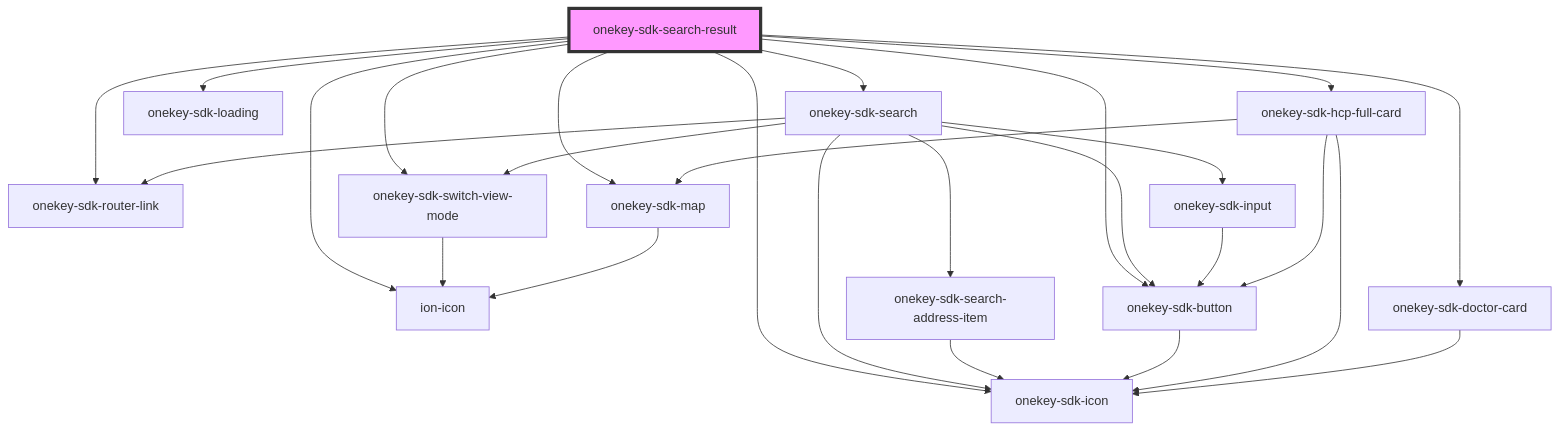
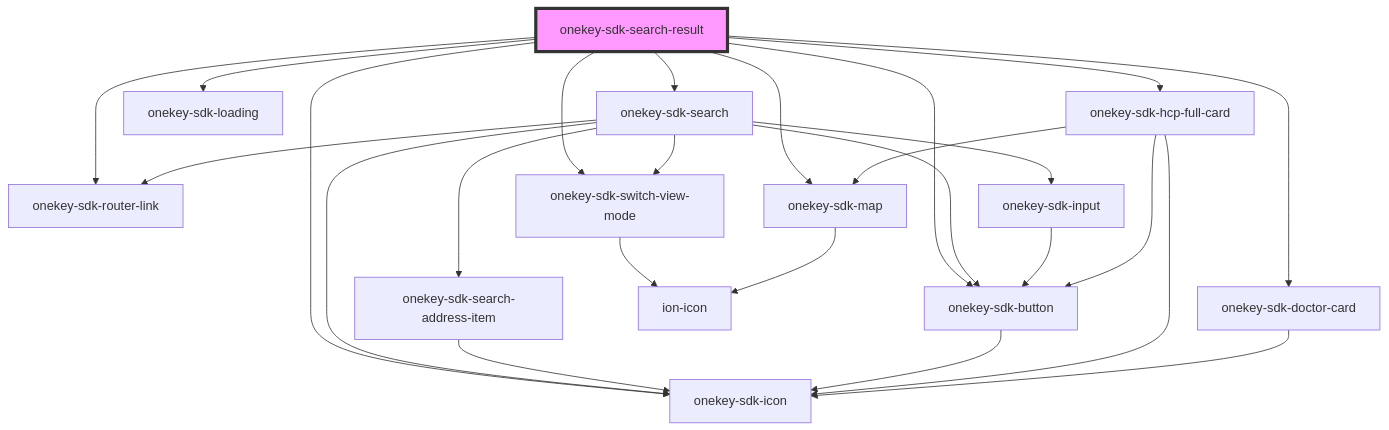
One commit to hcl-sdk/HealthCareLocatorWebSDK changed the diagram in packages/onekey-sdk-core-ui/docs/components/screens/onekey-sdk-search-result/readme.md. Above: the diagram before and after it, drawn with Mermaid. The commit also changed other lines of this file and 17 other files, not shown here.

````diff
--- a/packages/onekey-sdk-core-ui/docs/components/screens/onekey-sdk-search-result/readme.md
+++ b/packages/onekey-sdk-core-ui/docs/components/screens/onekey-sdk-search-result/readme.md
@@ -24,29 +23,28 @@
 ```mermaid
 graph TD;
   onekey-sdk-search-result --> onekey-sdk-router-link
-  onekey-sdk-search-result --> ion-icon
+  onekey-sdk-search-result --> onekey-sdk-icon
   onekey-sdk-search-result --> onekey-sdk-search
   onekey-sdk-search-result --> onekey-sdk-loading
   onekey-sdk-search-result --> onekey-sdk-hcp-full-card
-  onekey-sdk-search-result --> onekey-sdk-icon
   onekey-sdk-search-result --> onekey-sdk-switch-view-mode
   onekey-sdk-search-result --> onekey-sdk-doctor-card
   onekey-sdk-search-result --> onekey-sdk-button
   onekey-sdk-search-result --> onekey-sdk-map
   onekey-sdk-search --> onekey-sdk-search-address-item
   onekey-sdk-search --> onekey-sdk-router-link
   onekey-sdk-search --> onekey-sdk-icon
   onekey-sdk-search --> onekey-sdk-input
   onekey-sdk-search --> onekey-sdk-button
   onekey-sdk-search --> onekey-sdk-switch-view-mode
   onekey-sdk-search-address-item --> onekey-sdk-icon
   onekey-sdk-input --> onekey-sdk-button
   onekey-sdk-button --> onekey-sdk-icon
   onekey-sdk-switch-view-mode --> ion-icon
   onekey-sdk-hcp-full-card --> onekey-sdk-button
   onekey-sdk-hcp-full-card --> onekey-sdk-icon
   onekey-sdk-hcp-full-card --> onekey-sdk-map
   onekey-sdk-map --> ion-icon
   onekey-sdk-doctor-card --> onekey-sdk-icon
   style onekey-sdk-search-result fill:#f9f,stroke:#333,stroke-width:4px
 ```
````
